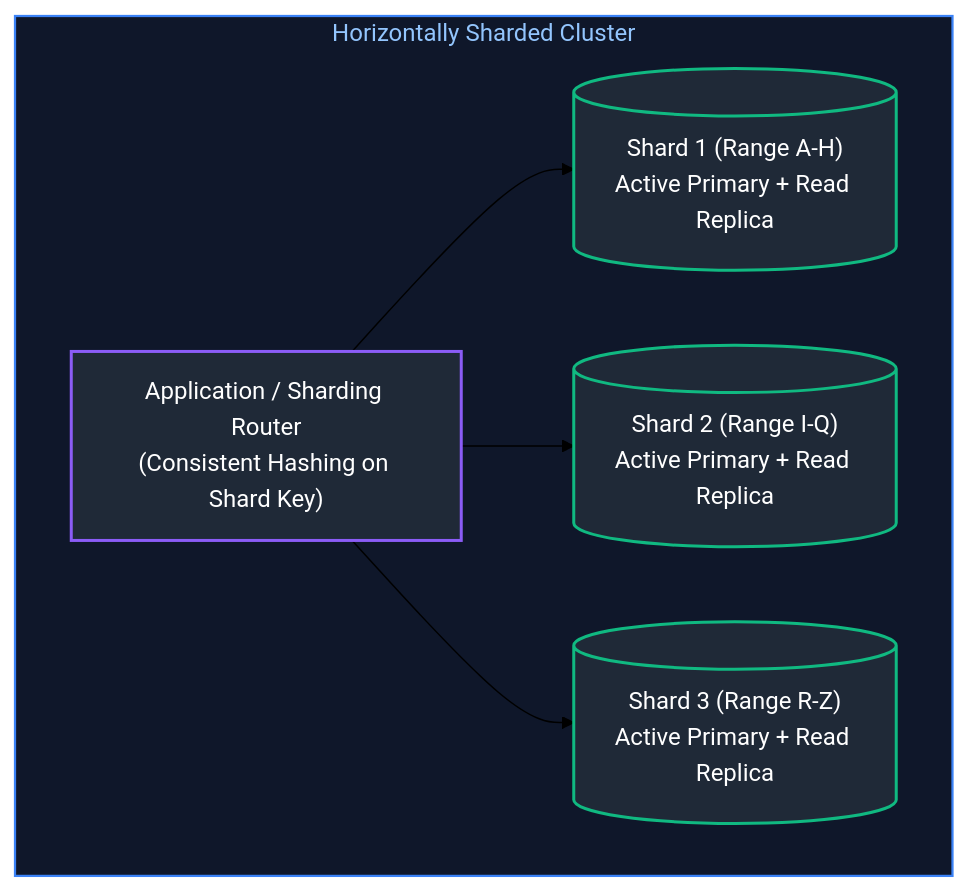
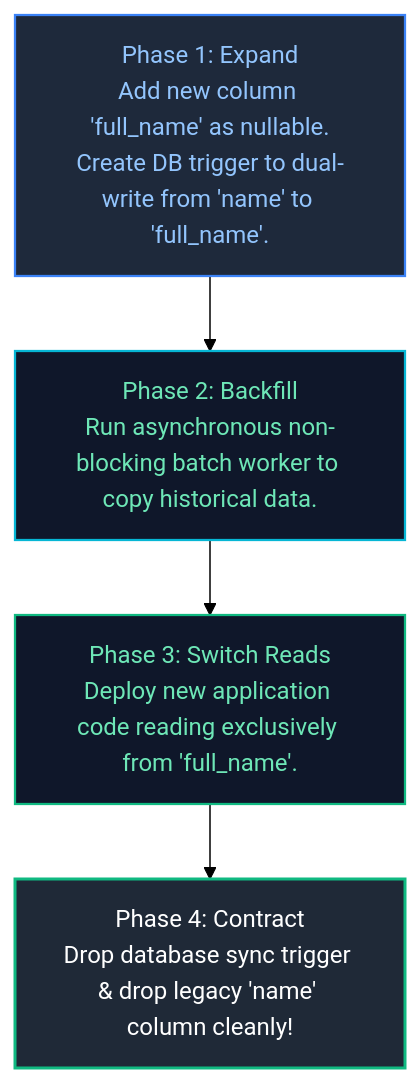
Before and after one commit to joydeep-biswas/Interview-Preparation: diagram 12 of 13 in Java Backend Engineering/09_relational_databases_and_sql.md, drawn with Mermaid (forest theme). The commit also changed other lines of this file and 143 other files, not shown here.

````diff
--- a/Java Backend Engineering/09_relational_databases_and_sql.md
+++ b/Java Backend Engineering/09_relational_databases_and_sql.md
@@ -870,19 +1122,12 @@
 ```mermaid
 flowchart TD
-    subgraph ShardedCluster ["Horizontally Sharded Cluster"]
-        Router["Application / Sharding Router<br/>(Consistent Hashing on Shard Key)"]
-        Shard1[("Shard 1 (Range A-H)<br/>Active Primary + Read Replica")]
-        Shard2[("Shard 2 (Range I-Q)<br/>Active Primary + Read Replica")]
-        Shard3[("Shard 3 (Range R-Z)<br/>Active Primary + Read Replica")]
+    Phase1["Phase 1: Expand<br/>Add new column 'full_name' as nullable.<br/>Create DB trigger to dual-write from 'name' to 'full_name'."]
+    --> Phase2["Phase 2: Backfill<br/>Run asynchronous non-blocking batch worker to copy historical data."]
+    --> Phase3["Phase 3: Switch Reads<br/>Deploy new application code reading exclusively from 'full_name'."]
+    --> Phase4["Phase 4: Contract<br/>Drop database sync trigger & drop legacy 'name' column cleanly!"]
 
-        Router --> Shard1
-        Router --> Shard2
-        Router --> Shard3
-    end
-
-    style ShardedCluster fill:#0f172a,stroke:#3b82f6,stroke-width:1.5px,color:#93c5fd
-    style Router fill:#1f2937,stroke:#8b5cf6,stroke-width:2px,color:#fff
-    style Shard1 fill:#1f2937,stroke:#10b981,stroke-width:2px,color:#fff
-    style Shard2 fill:#1f2937,stroke:#10b981,stroke-width:2px,color:#fff
-    style Shard3 fill:#1f2937,stroke:#10b981,stroke-width:2px,color:#fff
+    style Phase1 fill:#1e293b,stroke:#3b82f6,stroke-width:1.5px,color:#93c5fd
+    style Phase2 fill:#0f172a,stroke:#06b6d4,stroke-width:1.5px,color:#6ee7b7
+    style Phase3 fill:#0f172a,stroke:#10b981,stroke-width:1.5px,color:#6ee7b7
+    style Phase4 fill:#1f2937,stroke:#10b981,stroke-width:2px,color:#fff
 ```
````
